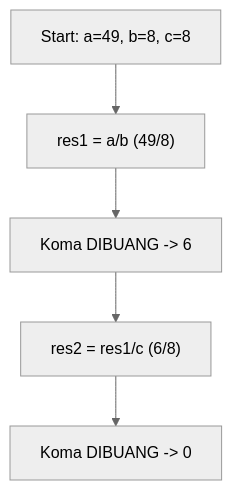
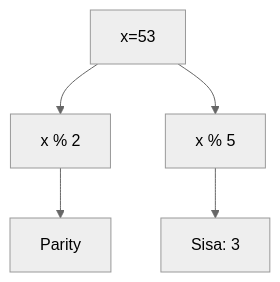
Before and after one commit to amnahwaida/OSNK_INF_PREP: diagram 15 of 25 in part-c-pemahaman-cpp/01-tipe-data/latihan/set-05.md, drawn with Mermaid (neutral theme). The commit also changed other lines of this file and 71 other files, not shown here.

````diff
--- a/part-c-pemahaman-cpp/01-tipe-data/latihan/set-05.md
+++ b/part-c-pemahaman-cpp/01-tipe-data/latihan/set-05.md
@@ -335,7 +449,7 @@
 ```mermaid
 graph TD
-    A[Start: a=49, b=8, c=8] --> B["res1 = a/b (49/8)"]
-    B --> C["Koma DIBUANG -> 6"]
-    C --> D["res2 = res1/c (6/8)"]
-    D --> E["Koma DIBUANG -> 0"]
+A[x=53] --> B[x % 2]
+B --> C[Parity]
+A --> D[x % 5]
+D --> E[Sisa: 3]
 ```
````
